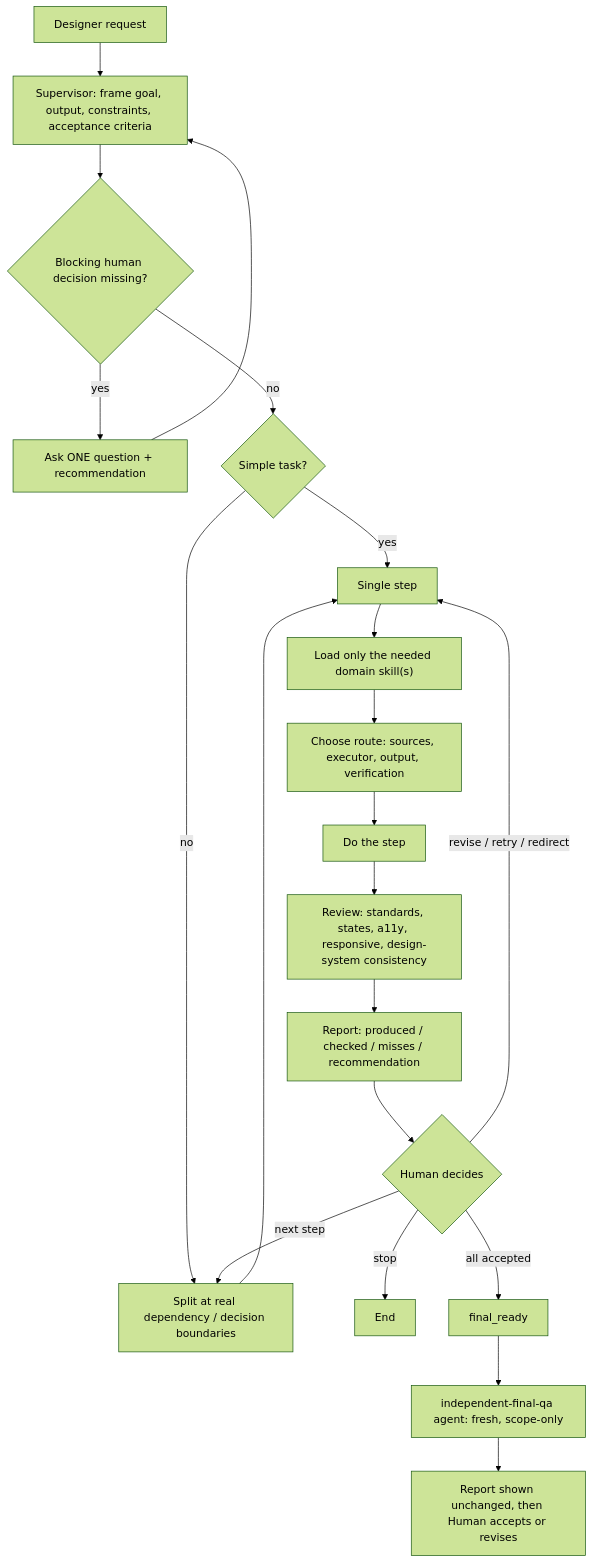
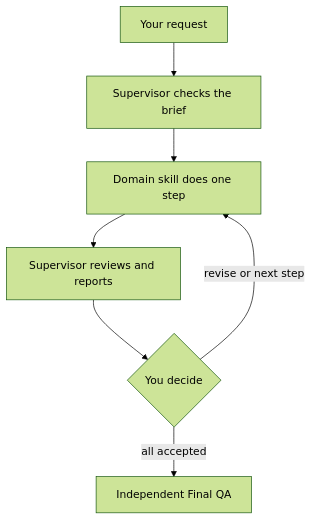
The diagram in README.md (Della-Mahmoudi/product-design-workflow), drawn with Mermaid (forest theme) before and after one commit. The commit also changed other lines of this file and 46 other files, not shown here.

Commit message:
Release 0.3.0: simplify Supervisor, remove maintenance skill and routing machinery, rework README

````diff
--- a/README.md
+++ b/README.md
@@ -87,23 +111,9 @@
 ```mermaid
 flowchart TD
-    A["Designer request"] --> B["Supervisor: frame goal, output, constraints, acceptance criteria"]
-    B --> C{"Blocking human decision missing?"}
-    C -- "yes" --> D["Ask ONE question + recommendation"]
-    D --> B
-    C -- "no" --> E{"Simple task?"}
-    E -- "yes" --> F["Single step"]
-    E -- "no" --> G["Split at real dependency / decision boundaries"]
-    G --> F
-    F --> H["Load only the needed domain skill(s)"]
-    H --> I["Choose route: sources, executor, output, verification"]
-    I --> J["Do the step"]
-    J --> K["Review: standards, states, a11y, responsive, design-system consistency"]
-    K --> L["Report: produced / checked / misses / recommendation"]
-    L --> M{"Human decides"}
-    M -- "revise / retry / redirect" --> F
-    M -- "next step" --> G
-    M -- "stop" --> Z["End"]
-    M -- "all accepted" --> N["final_ready"]
-    N --> O["independent-final-qa agent: fresh, scope-only"]
-    O --> P["Report shown unchanged, then Human accepts or revises"]
+    A["Your request"] --> B["Supervisor checks the brief"]
+    B --> C["Domain skill does one step"]
+    C --> D["Supervisor reviews and reports"]
+    D --> E{"You decide"}
+    E -- "revise or next step" --> C
+    E -- "all accepted" --> F["Independent Final QA"]
 ```
````
